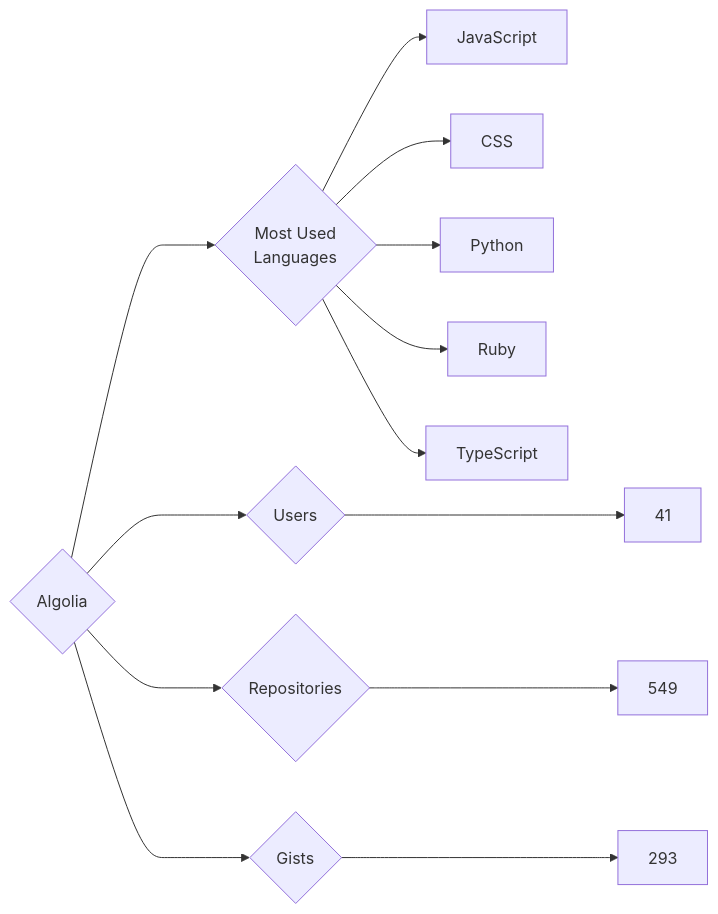
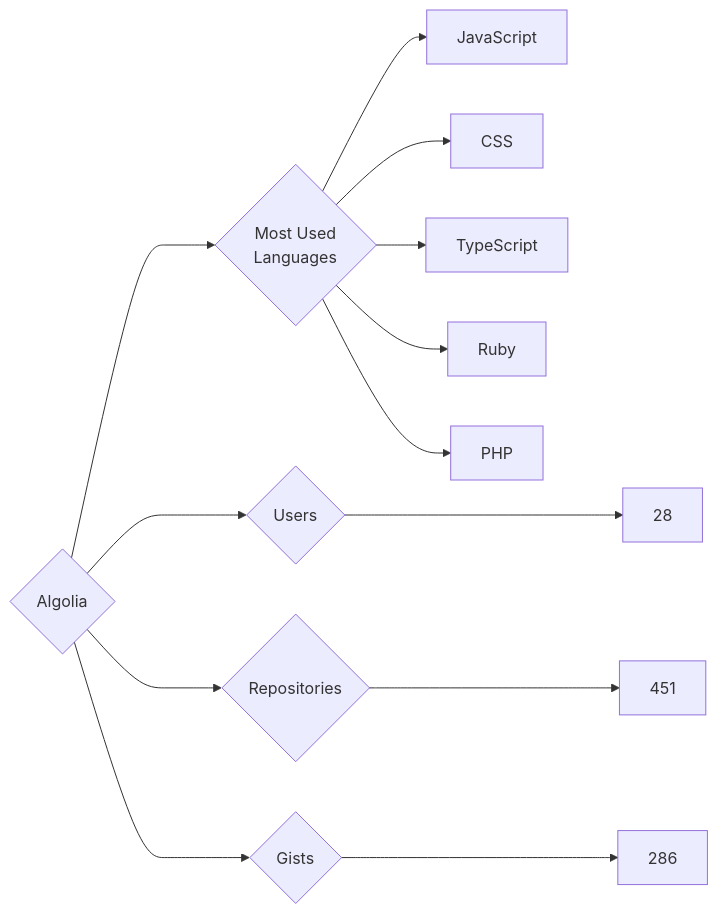
Before and after one commit to trickest/insiders: the diagram in targets/Algolia/README.md, drawn with Mermaid. The commit also changed 721 other files, not shown here.

````diff
--- a/targets/Algolia/README.md
+++ b/targets/Algolia/README.md
@@ -3,13 +3,13 @@
 ```mermaid
 graph LR
 COMPANY_NAME{Algolia}
-COMPANY_NAME ---> U{Users} ---> UN[41]
-COMPANY_NAME ---> R{Repositories} ---> RN[549]
-COMPANY_NAME ---> G{Gists} ---> GN[293]
+COMPANY_NAME ---> U{Users} ---> UN[28]
+COMPANY_NAME ---> R{Repositories} ---> RN[451]
+COMPANY_NAME ---> G{Gists} ---> GN[286]
 COMPANY_NAME ---> ML{Most Used<br>Languages}
 ML --> JavaScript[JavaScript]
 ML --> CSS[CSS]
-ML --> Python[Python]
+ML --> TypeScript[TypeScript]
 ML --> Ruby[Ruby]
-ML --> TypeScript[TypeScript]
+ML --> PHP[PHP]
 ```
````
